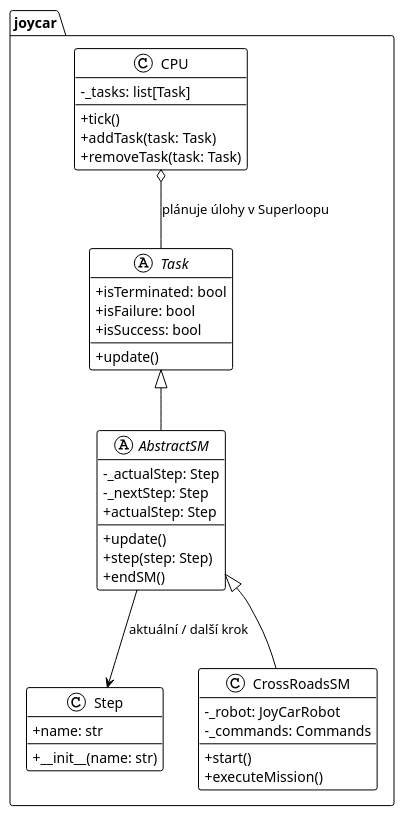
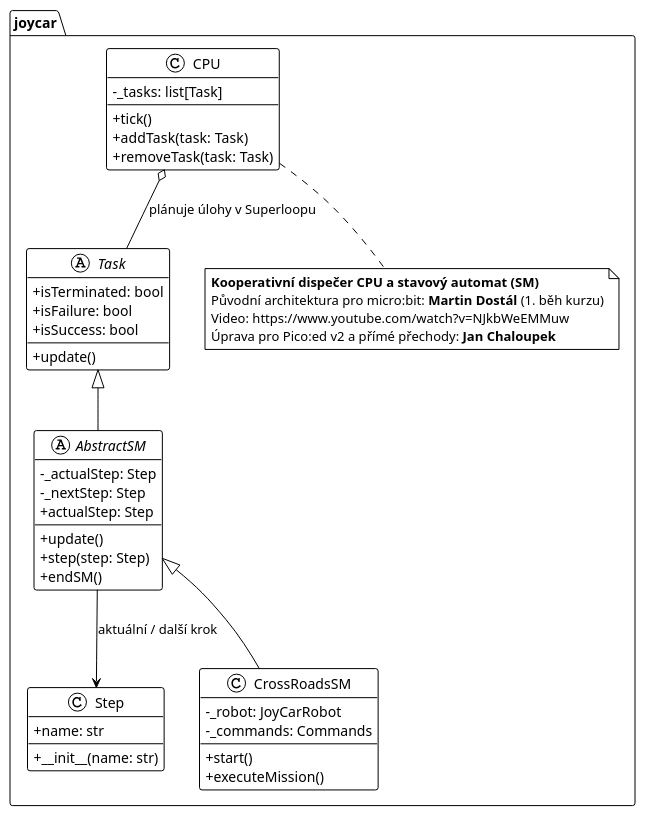
Before and after one commit to JanChaloupek/robot-programming3: the diagram in docs/diagrams/sm.puml, drawn with PlantUML. The commit also changed 7 other files, not shown here.

```diff
--- a/docs/diagrams/sm.puml
+++ b/docs/diagrams/sm.puml
@@ -1,48 +1,55 @@
 @startuml sm
 !theme plain
 skinparam classAttributeIconSize 0
 
 namespace joycar {
 
     class Step {
         + name: str
         + __init__(name: str)
     }
 
     abstract class Task {
         + isTerminated: bool
         + isFailure: bool
         + isSuccess: bool
         + update()
     }
 
     class CPU {
         - _tasks: list[Task]
         + tick()
         + addTask(task: Task)
         + removeTask(task: Task)
     }
 
     abstract class AbstractSM {
         - _actualStep: Step
         - _nextStep: Step
         + actualStep: Step
         + update()
         + step(step: Step)
         + endSM()
     }
 
     class CrossRoadsSM {
         - _robot: JoyCarRobot
         - _commands: Commands
         + start()
         + executeMission()
     }
 
     Task <|-- AbstractSM
     AbstractSM <|-- CrossRoadsSM
     CPU o-- Task : "plánuje úlohy v Superloopu"
     AbstractSM --> Step : "aktuální / další krok"
+
+    note bottom of CPU
+        <b>Kooperativní dispečer CPU a stavový automat (SM)</b>
+        Původní architektura pro micro:bit: <b>Martin Dostál</b> (1. běh kurzu)
+        Video: https://www.youtube.com/watch?v=NJkbWeEMMuw
+        Úprava pro Pico:ed v2 a přímé přechody: <b>Jan Chaloupek</b>
+    end note
 }
 
 @enduml
```
